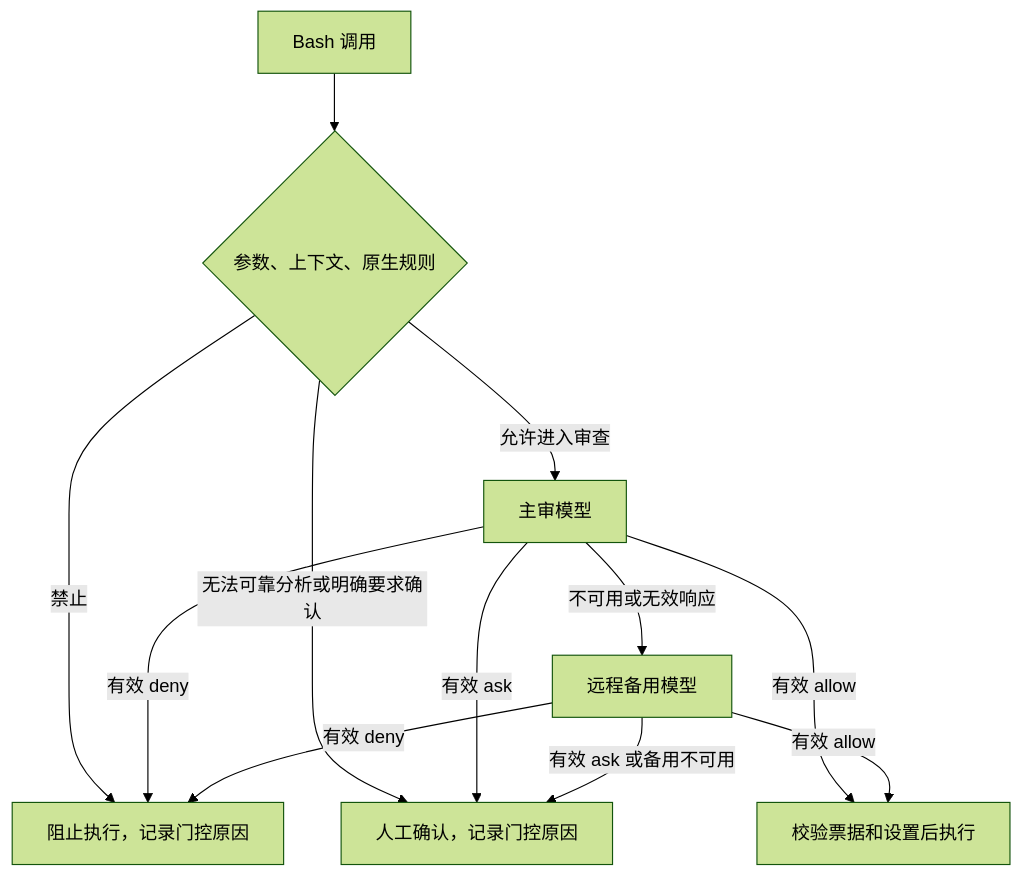
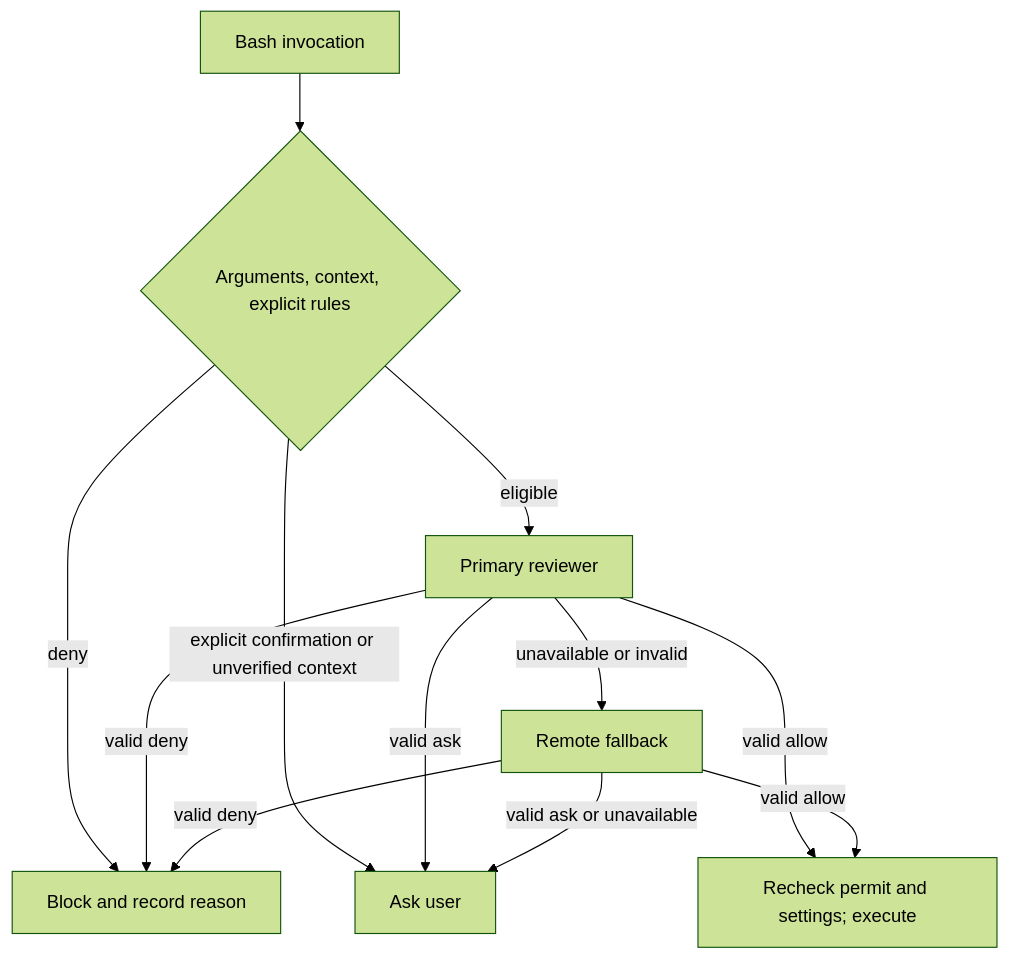
Before and after one commit to aniolgamarie/rotom: the diagram in docs/omp-approval-diagnostics.md, drawn with Mermaid (forest theme). The commit also changed other lines of this file and 16 other files, not shown here.

````diff
--- a/docs/omp-approval-diagnostics.md
+++ b/docs/omp-approval-diagnostics.md
@@ -13,14 +9,14 @@
 ```mermaid
 flowchart TD
-  A[Bash 调用] --> B{参数、上下文、原生规则}
-  B -->|禁止| C[阻止执行，记录门控原因]
-  B -->|无法可靠分析或明确要求确认| D[人工确认，记录门控原因]
-  B -->|允许进入审查| E[主审模型]
-  E -->|有效 allow| F[校验票据和设置后执行]
-  E -->|有效 deny| C
-  E -->|有效 ask| D
-  E -->|不可用或无效响应| G[远程备用模型]
-  G -->|有效 allow| F
-  G -->|有效 deny| C
-  G -->|有效 ask 或备用不可用| D
+  A[Bash invocation] --> B{Arguments, context, explicit rules}
+  B -->|deny| C[Block and record reason]
+  B -->|explicit confirmation or unverified context| D[Ask user]
+  B -->|eligible| E[Primary reviewer]
+  E -->|valid allow| F[Recheck permit and settings; execute]
+  E -->|valid deny| C
+  E -->|valid ask| D
+  E -->|unavailable or invalid| G[Remote fallback]
+  G -->|valid allow| F
+  G -->|valid deny| C
+  G -->|valid ask or unavailable| D
 ```
````
